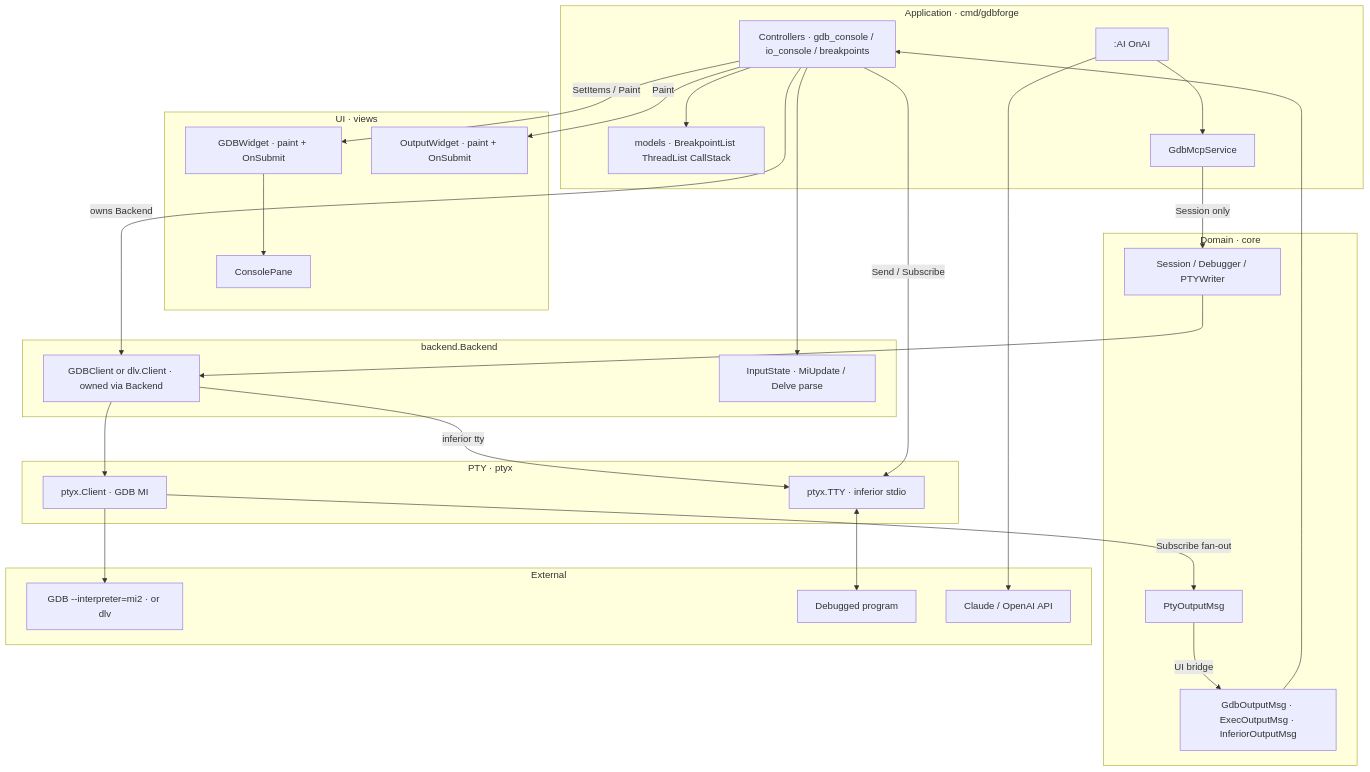
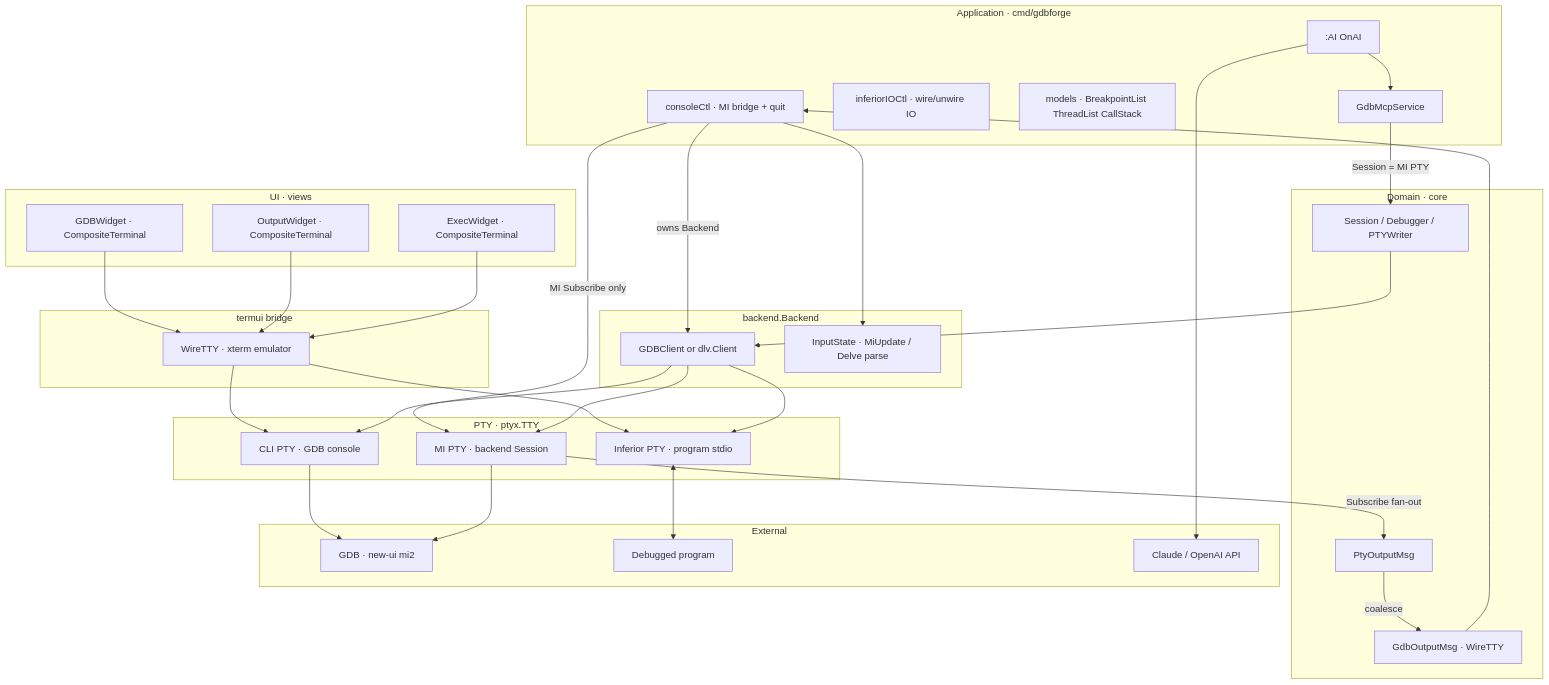
The first of 8 diagrams in docs/DEBUGGER_INTEGRATION.md (yairgd/gdbforge), drawn with Mermaid before and after one commit. The commit also changed other lines of this file and 243 other files, not shown here.

````diff
--- a/docs/DEBUGGER_INTEGRATION.md
+++ b/docs/DEBUGGER_INTEGRATION.md
@@ -38,56 +39,63 @@
 ```mermaid
 flowchart TB
     subgraph UI["UI · views"]
-        GDBW["GDBWidget · paint + OnSubmit"]
-        Cons["ConsolePane"]
-        IOW["OutputWidget · paint + OnSubmit"]
+        GDBW["GDBWidget · CompositeTerminal"]
+        IOW["OutputWidget · CompositeTerminal"]
+        ExecW["ExecWidget · CompositeTerminal"]
+    end
+
+    subgraph TermUI["termui bridge"]
+        Wire["WireTTY · xterm emulator"]
     end
 
     subgraph App["Application · cmd/gdbforge"]
-        Ctrl["Controllers · gdb_console / io_console / breakpoints"]
+        Ctrl["consoleCtl · MI bridge + quit"]
+        InfCtl["inferiorIOCtl · wire/unwire IO"]
         Models["models · BreakpointList ThreadList CallStack"]
         AI[":AI OnAI"]
         MCP["GdbMcpService"]
     end
 
     subgraph Domain["Domain · core"]
         SessIF["Session / Debugger / PTYWriter"]
         PtyMsg["PtyOutputMsg"]
-        UIMsg["GdbOutputMsg · ExecOutputMsg · InferiorOutputMsg"]
+        UIMsg["GdbOutputMsg · WireTTY"]
     end
 
-    subgraph PTYLayer["PTY · ptyx"]
-        Pty["ptyx.Client · GDB MI"]
-        Inf["ptyx.TTY · inferior stdio"]
+    subgraph Ptyx["PTY · ptyx.TTY"]
+        CLI["CLI PTY · GDB console"]
+        MI["MI PTY · backend Session"]
+        Inf["Inferior PTY · program stdio"]
     end
 
     subgraph BackendPkg["backend.Backend"]
-        Client["GDBClient or dlv.Client · owned via Backend"]
-        MI["InputState · MiUpdate / Delve parse"]
+        Client["GDBClient or dlv.Client"]
+        Parser["InputState · MiUpdate / Delve parse"]
     end
 
     subgraph External["External"]
-        GDB["GDB --interpreter=mi2 · or dlv"]
+        GDB["GDB · new-ui mi2"]
         Prog["Debugged program"]
         LLM["Claude / OpenAI API"]
     end
 
-    GDBW --> Cons
+    GDBW --> Wire --> CLI
+    IOW --> Wire --> Inf
+    ExecW --> Wire
     Ctrl -->|"owns Backend"| Client
-    Ctrl -->|"SetItems / Paint"| GDBW
-    Ctrl -->|"Paint"| IOW
-    Ctrl --> Models
-    Client --> Pty
-    Client -->|"inferior tty"| Inf
-    Ctrl -->|"Send / Subscribe"| Inf
+    Ctrl -->|"MI Subscribe only"| MI
+    Client --> CLI
+    Client --> MI
+    Client --> Inf
     Inf <--> Prog
-    MCP -->|"Session only"| SessIF
+    MCP -->|"Session = MI PTY"| SessIF
     AI --> MCP
     AI --> LLM
     SessIF --> Client
-    Pty -->|"Subscribe fan-out"| PtyMsg
-    PtyMsg -->|"UI bridge"| UIMsg
+    MI -->|"Subscribe fan-out"| PtyMsg
+    PtyMsg -->|"coalesce"| UIMsg
     UIMsg --> Ctrl
-    Pty --> GDB
-    Ctrl --> MI
+    CLI --> GDB
+    MI --> GDB
+    Ctrl --> Parser
 ```
````
